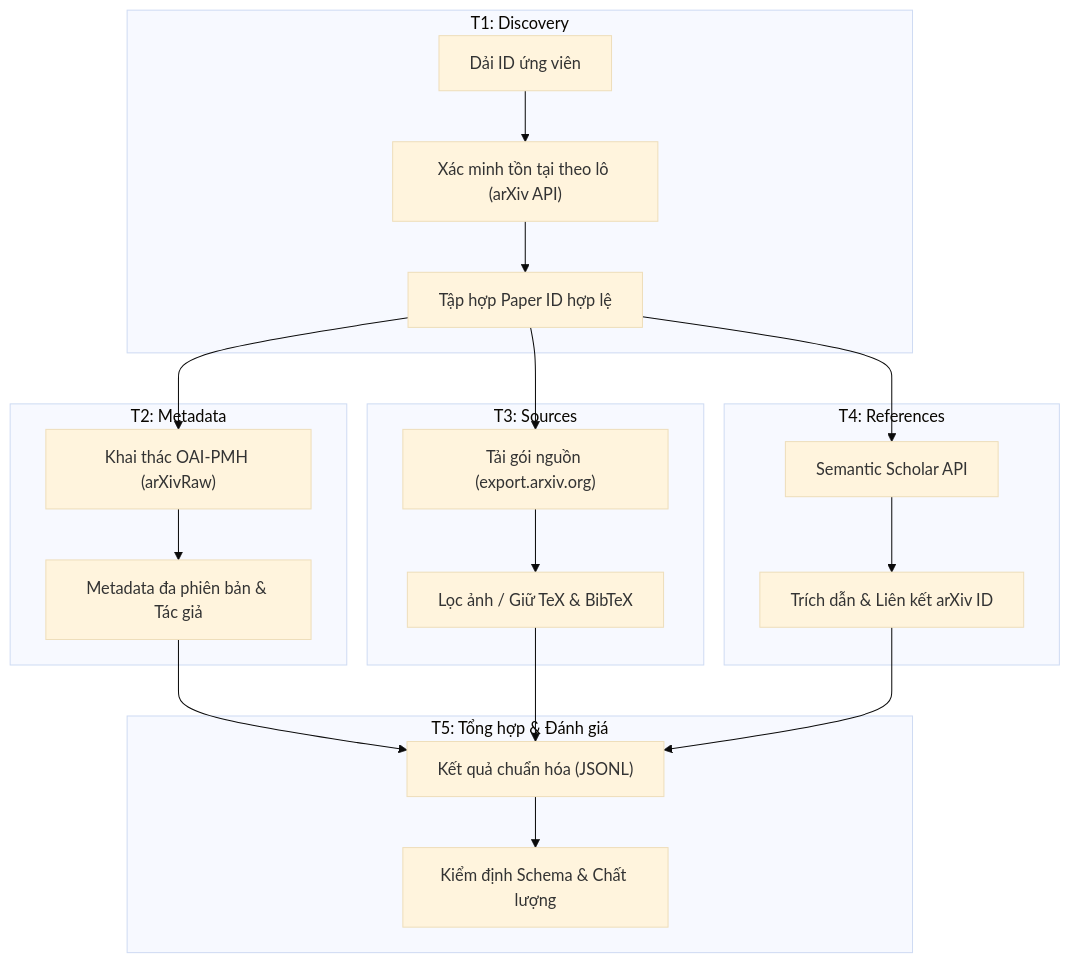
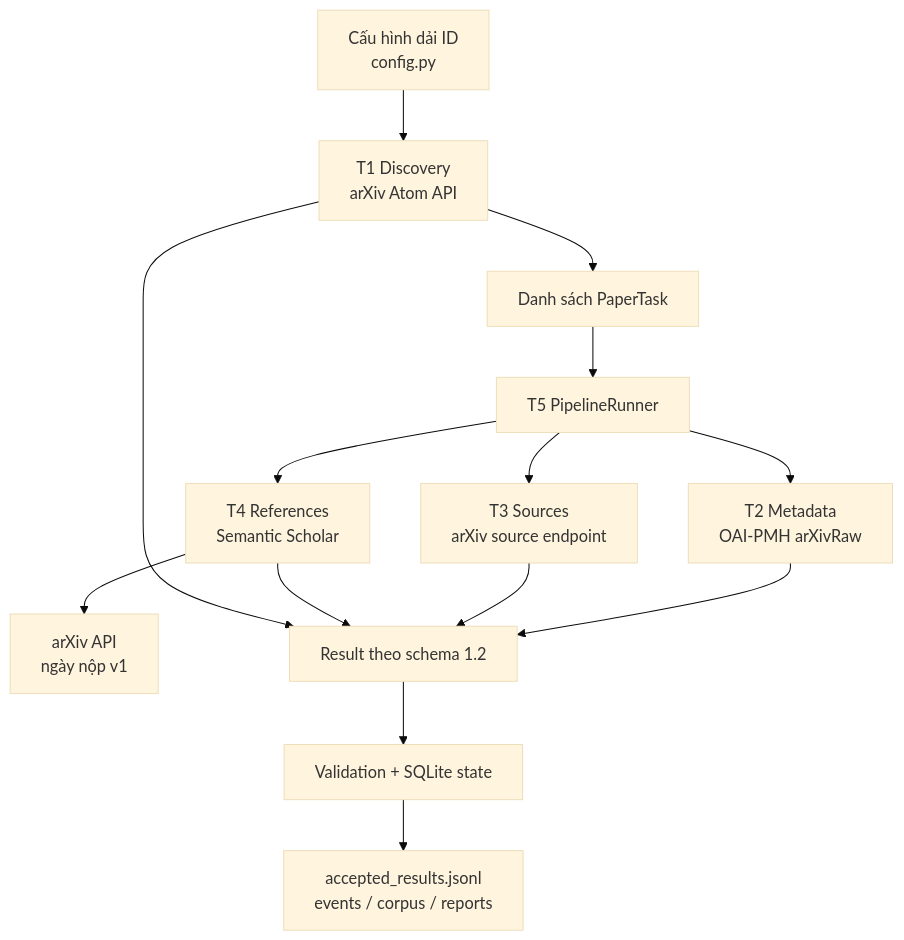
The diagram in book/01-crawling/01-tong-quan.md (ChickenDev-cyber/arvix-report), drawn with Mermaid (base theme) before and after one commit. The commit also changed other lines of this file and 13 other files, not shown here.

Commit message:
feat: add discovery and references report

````diff
--- a/book/01-crawling/01-tong-quan.md
+++ b/book/01-crawling/01-tong-quan.md
@@ -14,27 +21,16 @@
-```mermaid
+```{mermaid}
 flowchart TD
-    subgraph S1["T1: Discovery"]
-        A["Dải ID ứng viên"] --> B["Xác minh tồn tại theo lô (arXiv API)"]
-        B --> C["Tập hợp Paper ID hợp lệ"]
-    end
-
-    subgraph S2["T2: Metadata"]
-        C --> D["Khai thác OAI-PMH (arXivRaw)"]
-        D --> E["Metadata đa phiên bản & Tác giả"]
-    end
-
-    subgraph S3["T3: Sources"]
-        C --> F["Tải gói nguồn (export.arxiv.org)"]
-        F --> G["Lọc ảnh / Giữ TeX & BibTeX"]
-    end
-
-    subgraph S4["T4: References"]
-        C --> H["Semantic Scholar API"]
-        H --> I["Trích dẫn & Liên kết arXiv ID"]
-    end
-
-    subgraph S5["T5: Tổng hợp & Đánh giá"]
-        E & G & I --> J["Kết quả chuẩn hóa (JSONL)"]
-        J --> K["Kiểm định Schema & Chất lượng"]
-    end
+    A["Cấu hình dải ID<br/>config.py"] --> B["T1 Discovery<br/>arXiv Atom API"]
+    B --> C["Danh sách PaperTask"]
+    C --> D["T5 PipelineRunner"]
+    D --> E["T2 Metadata<br/>OAI-PMH arXivRaw"]
+    D --> F["T3 Sources<br/>arXiv source endpoint"]
+    D --> G["T4 References<br/>Semantic Scholar"]
+    G --> H["arXiv API<br/>ngày nộp v1"]
+    E --> I["Result theo schema 1.2"]
+    F --> I
+    G --> I
+    B --> I
+    I --> J["Validation + SQLite state"]
+    J --> K["accepted_results.jsonl<br/>events / corpus / reports"]
 ```
````
